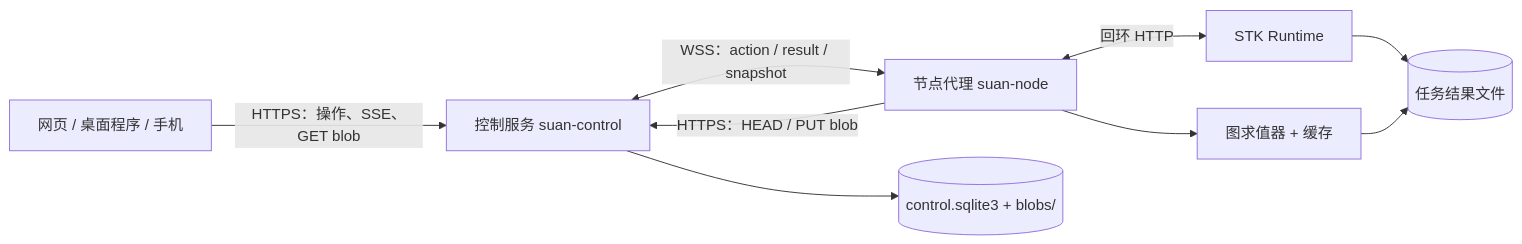
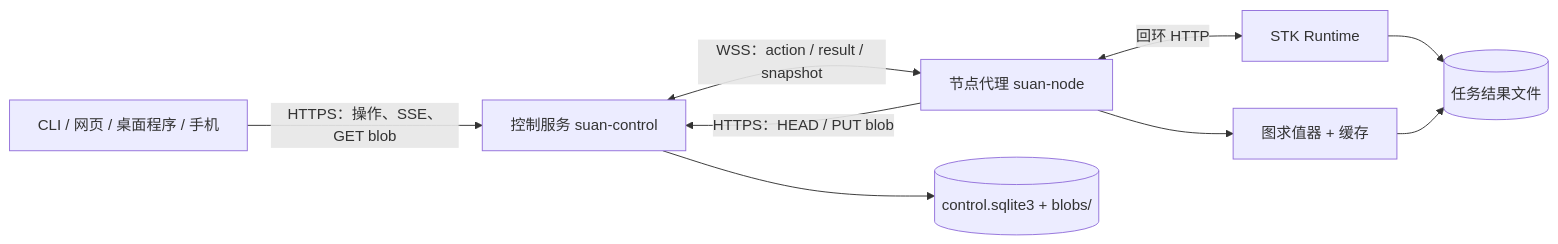
One commit to sijintech/stk changed the diagram in docs/hub.md. Above: the diagram before and after it, drawn with Mermaid. The commit also changed other lines of this file and 106 other files, not shown here.

````diff
--- a/docs/hub.md
+++ b/docs/hub.md
@@ -14,11 +14,11 @@
 ```mermaid
 flowchart LR
-  Client[网页 / 桌面程序 / 手机] -->|HTTPS：操作、SSE、GET blob| Hub[控制服务 suan-control]
+  Client[CLI / 网页 / 桌面程序 / 手机] -->|HTTPS：操作、SSE、GET blob| Hub[控制服务 suan-control]
   Hub <-->|WSS：action / result / snapshot| Node[节点代理 suan-node]
   Node -->|HTTPS：HEAD / PUT blob| Hub
   Node <-->|回环 HTTP| Runtime[STK Runtime]
   Node --> Eval[图求值器 + 缓存]
   Runtime --> Files[(任务结果文件)]
   Eval --> Files
   Hub --> DB[(control.sqlite3 + blobs/)]
 ```
````
